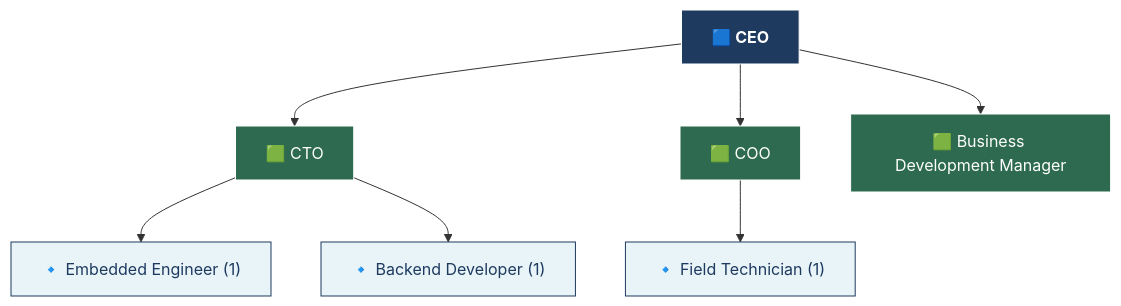
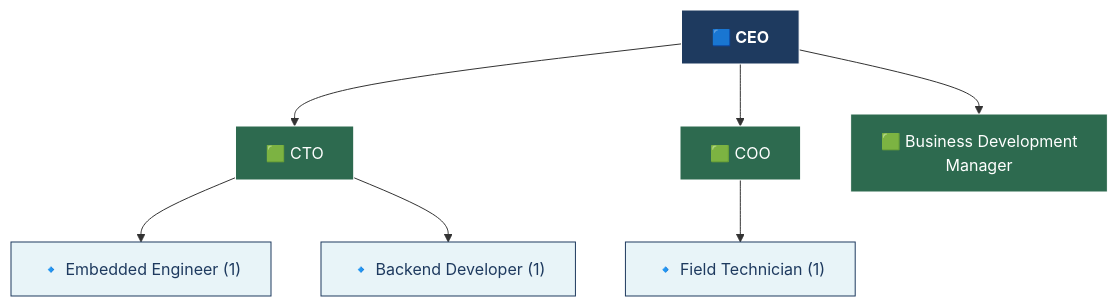
The first of 3 diagrams in frontend/public/org-charts.md (nathanbaudelin/SenSight_Bin), drawn with Mermaid before and after one commit. The commit also changed 2 other files, not shown here.

Commit message:
[UPD] Good UX for home page + create road in bin map v1

````diff
--- a/frontend/public/org-charts.md
+++ b/frontend/public/org-charts.md
@@ -7,25 +7,26 @@
 ```mermaid
 graph TD
     CEO["🟦 CEO"]
     CTO["🟩 CTO"]
     COO["🟩 COO"]
-    BDM["🟩 Business Development Manager"]
+    BDM["🟩 Business Development
+    Manager"]
     EE1["🔹 Embedded Engineer (1)"]
     BD1["🔹 Backend Developer (1)"]
     FT1["🔹 Field Technician (1)"]
 
     CEO --> CTO
     CEO --> COO
     CEO --> BDM
     CTO --> EE1
     CTO --> BD1
     COO --> FT1
 
     style CEO fill:#1e3a5f,stroke:#fff,color:#fff,font-weight:bold
     style CTO fill:#2d6a4f,stroke:#fff,color:#fff
     style COO fill:#2d6a4f,stroke:#fff,color:#fff
     style BDM fill:#2d6a4f,stroke:#fff,color:#fff
     style EE1 fill:#e8f4f8,stroke:#1e3a5f,color:#1e3a5f
     style BD1 fill:#e8f4f8,stroke:#1e3a5f,color:#1e3a5f
     style FT1 fill:#e8f4f8,stroke:#1e3a5f,color:#1e3a5f
 ```
````
